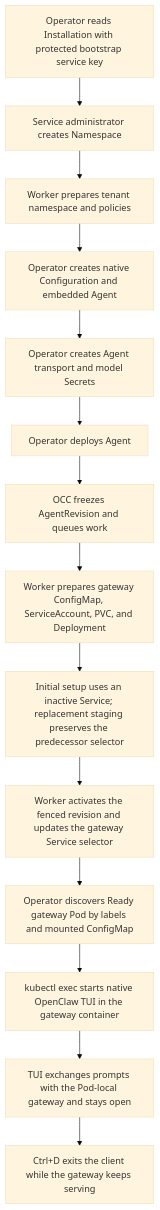
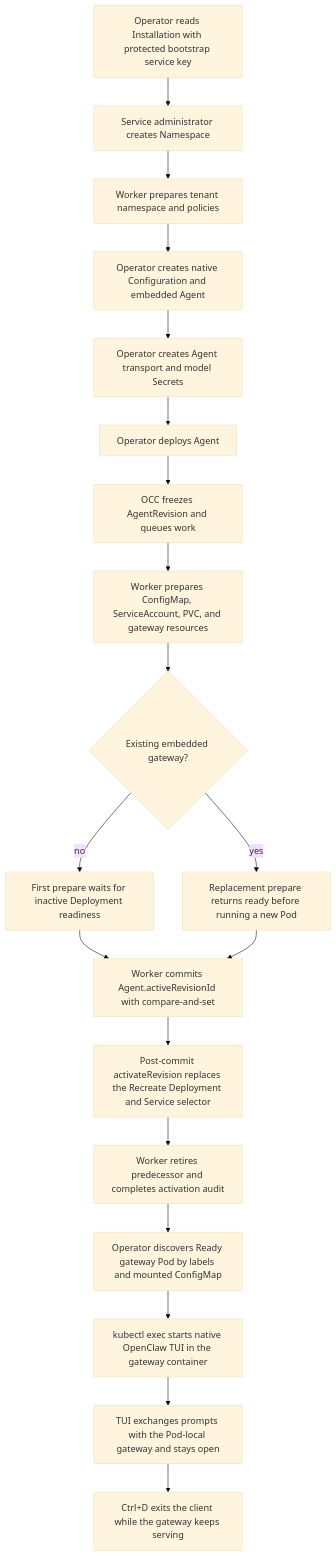
Before and after one commit to IsaiahStapleton/openclaw-enterprise: the diagram in docs/flows/production-tui.md, drawn with Mermaid (base theme). The commit also changed other lines of this file and 23 other files, not shown here.

Commit message:
docs: consolidate and correct runtime flow documentation

````diff
--- a/docs/flows/production-tui.md
+++ b/docs/flows/production-tui.md
@@ -34,16 +34,21 @@
 ```mermaid
 graph TD
   Z["Operator reads Installation with protected bootstrap service key"] --> A["Service administrator creates Namespace"]
   A --> B["Worker prepares tenant namespace and policies"]
   B --> C["Operator creates native Configuration and embedded Agent"]
   C --> D["Operator creates Agent transport and model Secrets"]
   D --> E["Operator deploys Agent"]
   E --> F["OCC freezes AgentRevision and queues work"]
-  F --> G["Worker prepares gateway ConfigMap, ServiceAccount, PVC, and Deployment"]
-  G --> H["Initial setup uses an inactive Service; replacement staging preserves the predecessor selector"]
-  H --> I["Worker activates the fenced revision and updates the gateway Service selector"]
-  I --> J["Operator discovers Ready gateway Pod by labels and mounted ConfigMap"]
-  J --> K["kubectl exec starts native OpenClaw TUI in the gateway container"]
-  K --> L["TUI exchanges prompts with the Pod-local gateway and stays open"]
-  L --> M["Ctrl+D exits the client while the gateway keeps serving"]
+  F --> G["Worker prepares ConfigMap, ServiceAccount, PVC, and gateway resources"]
+  G --> H{"Existing embedded gateway?"}
+  H -->|no| I["First prepare waits for inactive Deployment readiness"]
+  H -->|yes| J["Replacement prepare returns ready before running a new Pod"]
+  I --> K["Worker commits Agent.activeRevisionId with compare-and-set"]
+  J --> K
+  K --> L["Post-commit activateRevision replaces the Recreate Deployment and Service selector"]
+  L --> M["Worker retires predecessor and completes activation audit"]
+  M --> N["Operator discovers Ready gateway Pod by labels and mounted ConfigMap"]
+  N --> O["kubectl exec starts native OpenClaw TUI in the gateway container"]
+  O --> P["TUI exchanges prompts with the Pod-local gateway and stays open"]
+  P --> Q["Ctrl+D exits the client while the gateway keeps serving"]
 ```
````
